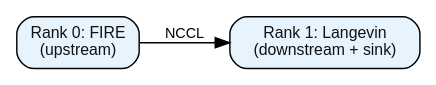
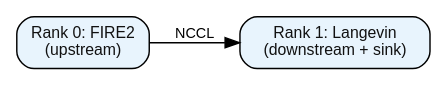
Before and after one commit to NVIDIA/nvalchemi-toolkit: the diagram in examples/distributed/README.rst, drawn with Graphviz. The commit also changed other lines of this file and 24 other files, not shown here.

```diff
--- a/examples/distributed/README.rst
+++ b/examples/distributed/README.rst
@@ -26,13 +26,13 @@
 .. graphviz::
 
    digraph distributed_pipeline {
        rankdir=LR;
        node [shape=box, style="rounded,filled", fillcolor="#e8f4fd" fontcolor="#111111",
              fontname="Helvetica", fontsize=11];
        edge [fontname="Helvetica", fontsize=10];
 
-       rank0 [label="Rank 0: FIRE\n(upstream)"];
+       rank0 [label="Rank 0: FIRE2\n(upstream)"];
        rank1 [label="Rank 1: Langevin\n(downstream + sink)"];
 
        rank0 -> rank1 [label="NCCL"];
    }
```
